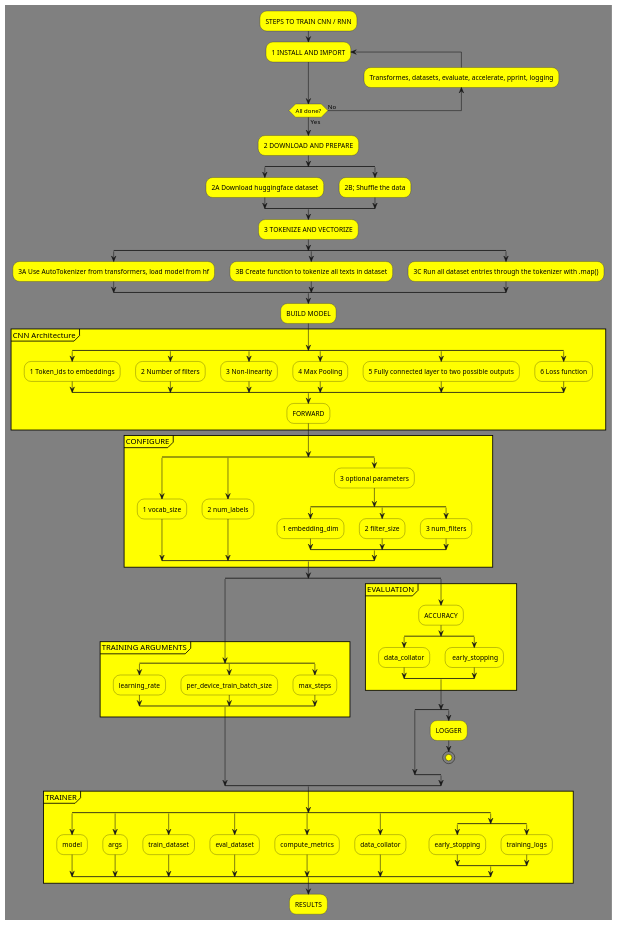
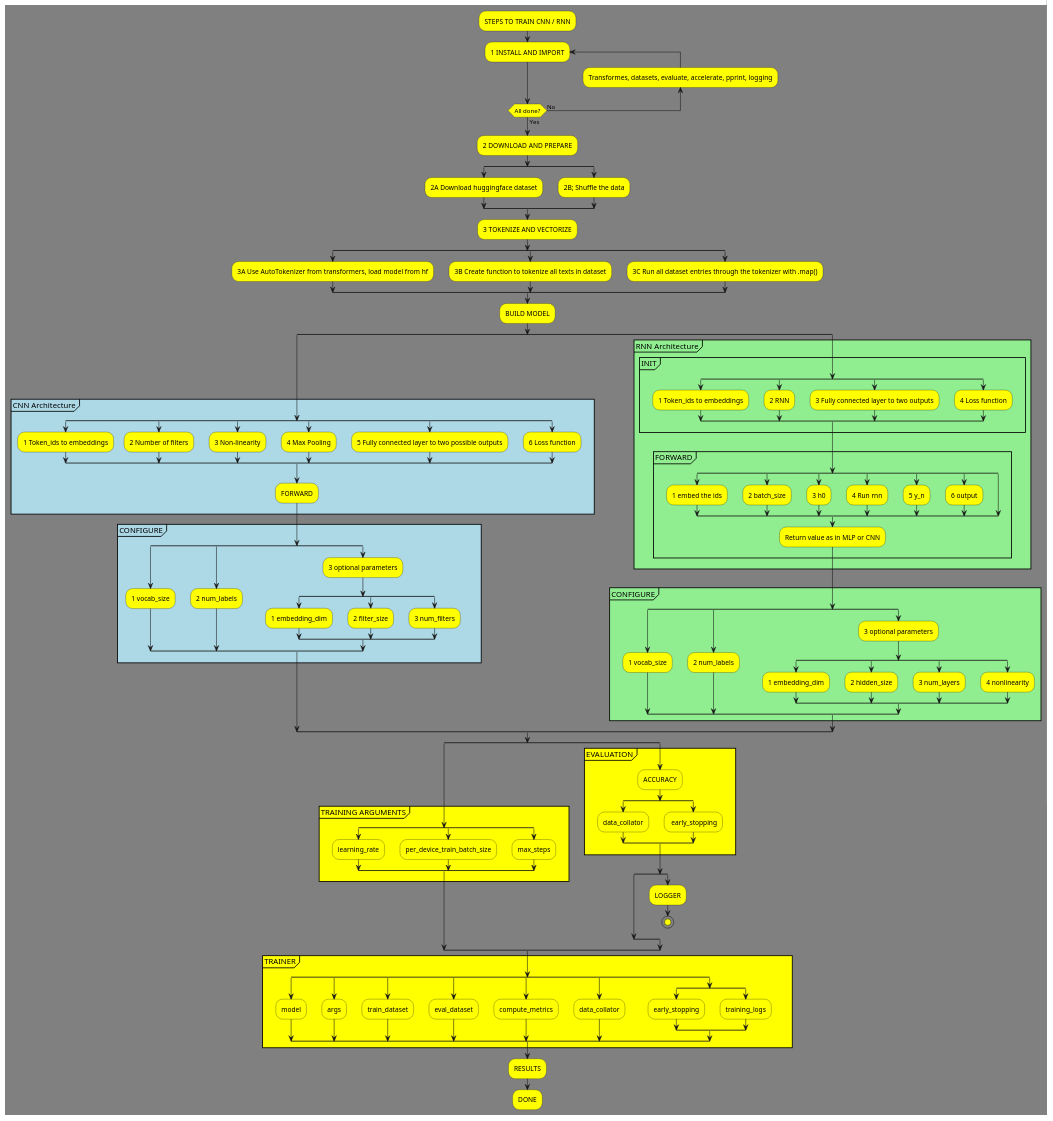
One commit to heinohen/TKO_8965_deep_learning_HLT changed the diagram in week2/full.puml. Above: the diagram before and after it, drawn with PlantUML. The commit also changed 14 other files, not shown here.

```diff
--- a/week2/full.puml
+++ b/week2/full.puml
@@ -1,112 +1,165 @@
 @startuml full
 <style>
 activityDiagram {
   BackgroundColor #FFFF00
   BorderColor #33668E
   FontColor #000000
   FontName arial
 }
 
 document {
    BackgroundColor gray
 }
 </style>
 :STEPS TO TRAIN CNN / RNN;
 repeat :1 INSTALL AND IMPORT;
 backward :Transformes, datasets, evaluate, accelerate, pprint, logging;
 repeat while (All done?) is (No) not (Yes)
 :2 DOWNLOAD AND PREPARE;
 split
    :2A Download huggingface dataset;
 split again
    :2B; Shuffle the data;
 end split
 :3 TOKENIZE AND VECTORIZE;
 split
    :3A Use AutoTokenizer from transformers, load model from hf;
 split again
    :3B Create function to tokenize all texts in dataset;
 split again
    :3C Run all dataset entries through the tokenizer with .map();
 end split
 :BUILD MODEL;
-partition CNN Architecture {
+split
+partition #LightBlue CNN Architecture {
     split
         :1 Token_ids to embeddings;
     split again
         :2 Number of filters;
     split again
         :3 Non-linearity;
     split again
         :4 Max Pooling;
     split again
         :5 Fully connected layer to two possible outputs;
     split again
         :6 Loss function;
     end split
     :FORWARD;
 }
-partition CONFIGURE {
+partition #LightBlue CONFIGURE {
     split
         :1 vocab_size;
     split again
         :2 num_labels;
     split again
         :3 optional parameters;
         split
         :1 embedding_dim;
         split again
         :2 filter_size;
         split again
         :3 num_filters;
         end split
     end split
 }
+split again
+partition #lightgreen RNN Architecture {
+    partition #lightgreen INIT {
+    split
+        :1 Token_ids to embeddings;
+    split again
+        :2 RNN;
+    split again
+        :3 Fully connected layer to two outputs;
+    split again
+        :4 Loss function;
+    end split
+    }
+    partition #lightgreen FORWARD {
+        split
+        :1 embed the ids;
+        split again
+        :2 batch_size;
+        split again
+        :3 h0;
+        split again
+        :4 Run rnn;
+        split again
+        :5 y_n;
+        split again
+        :6 output;
+        split again
+        end split
+        :Return value as in MLP or CNN;
+    } 
+}
+partition #lightgreen CONFIGURE {
+    split
+        :1 vocab_size;
+    split again
+        :2 num_labels;
+    split again
+        :3 optional parameters;
+        split
+        :1 embedding_dim;
+        split again
+        :2 hidden_size;
+        split again
+        :3 num_layers;
+        split again
+        :4 nonlinearity;
+        end split
+    end split
+}
+'FULLY LAST 
+end split
 split
     partition TRAINING ARGUMENTS {
         split
             :learning_rate;
         split again
             :per_device_train_batch_size;
         split again
             :max_steps;
         end split
     }
 split again
     partition EVALUATION {
         :ACCURACY;
         split
             :data_collator;
         split again
             : early_stopping;
         end split
     }
     split 
     split again
         :LOGGER;
         stop;
     end split
 end split
 partition TRAINER {
     split
         :model;
     split again
         :args;
     split again
         :train_dataset;
     split again
         :eval_dataset;
     split again
         :compute_metrics;
     split again
         :data_collator;
     split again
         split
             :early_stopping;
         split again
             :training_logs;
         end split
     end split
 }
 :RESULTS;
+:DONE;
 @enduml
```
